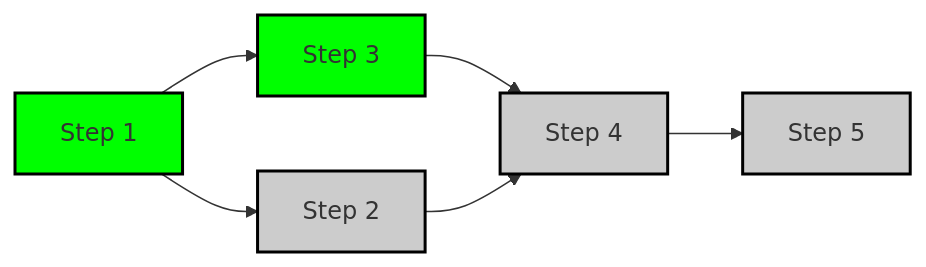
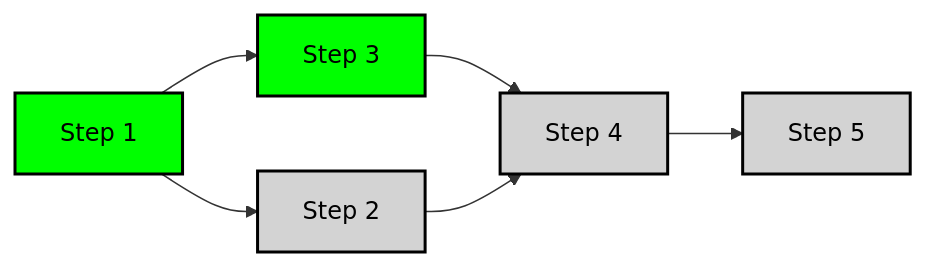
One commit to Bilibotter/light-flow changed the second of 2 diagrams in docs/Condition.cn.md. Above: the diagram before and after it, drawn with Mermaid. The commit also changed other lines of this file and 10 other files, not shown here.

````diff
--- a/docs/Condition.cn.md
+++ b/docs/Condition.cn.md
@@ -73,12 +74,13 @@
 ```mermaid
+%%{init: {'theme': 'neutral', 'themeVariables': { 'primaryColor': '#333', 'lineColor': '#333', 'textColor': 'black' } } }%%
 flowchart LR
 A[Step 1] --> B[Step 2]
 A --> C[Step 3]
 C[Step 3] --> D[Step 4]
 B --> D
 D --> E[Step 5]
 classDef standard fill:#00ff00,stroke:#000000,stroke-width:2px;
-classDef cancel fill:#cccccc,stroke:#000000,stroke-width:2px;
+classDef cancel fill:#d3d3d3,stroke:#000000,stroke-width:2px;
 class A,C standard;
 class B,D,E cancel;
 ```
````
